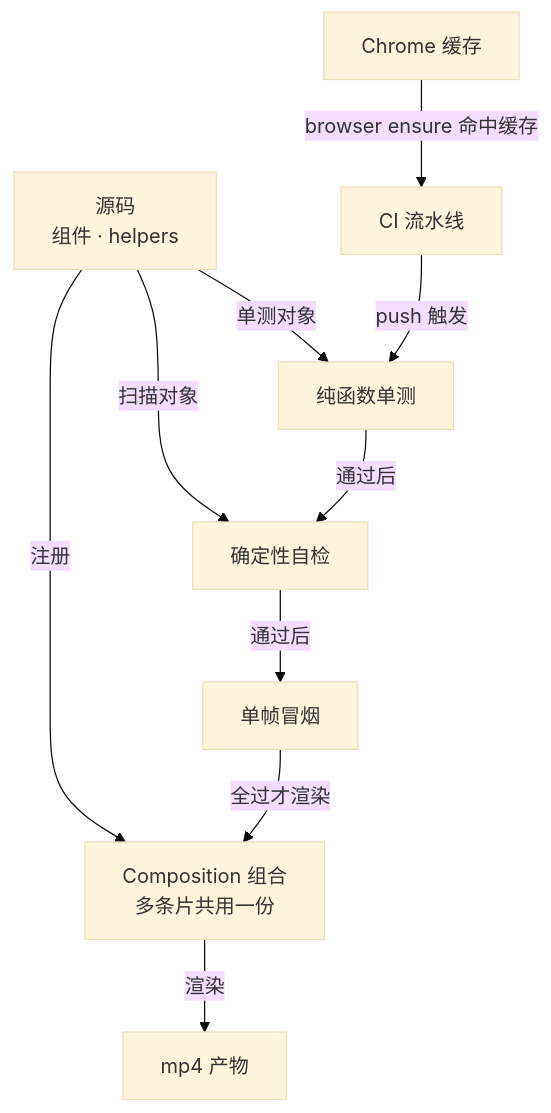
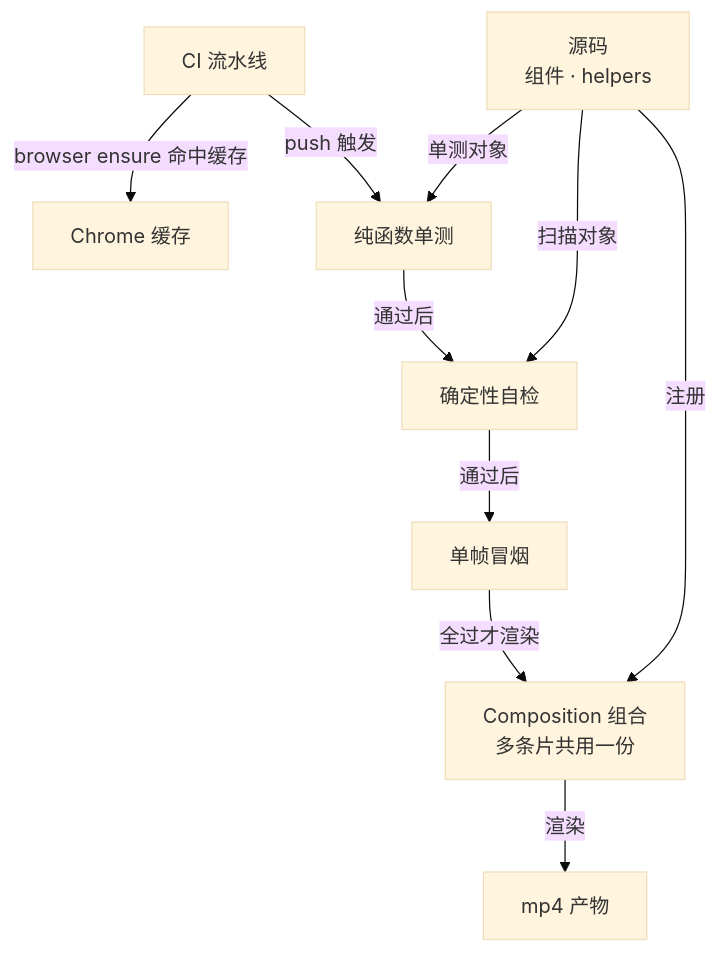
The diagram in src/remotion/ch12.md (wangxiangnan/wangxiangnan.github.io), drawn with Mermaid (base theme) before and after one commit. The commit also changed other lines of this file and 18 other files, not shown here.

````diff
--- a/src/remotion/ch12.md
+++ b/src/remotion/ch12.md
@@ -12,21 +12,21 @@
 ```mermaid
 flowchart TB
     SRC["源码<br>组件 · helpers"]
     CMP["Composition 组合<br>多条片共用一份"]
     CI["CI 流水线"]
     CH["Chrome 缓存"]
     MP["mp4 产物"]
     T1["纯函数单测"]
     T2["确定性自检"]
     T3["单帧冒烟"]
 
     SRC -->|"注册"| CMP
     SRC -->|"单测对象"| T1
     SRC -->|"扫描对象"| T2
     CI -->|"push 触发"| T1
     T1 -->|"通过后"| T2
     T2 -->|"通过后"| T3
     T3 -->|"全过才渲染"| CMP
     CMP -->|"渲染"| MP
-    CH -->|"browser ensure 命中缓存"| CI
+    CI -->|"browser ensure 命中缓存"| CH
 ```
````
